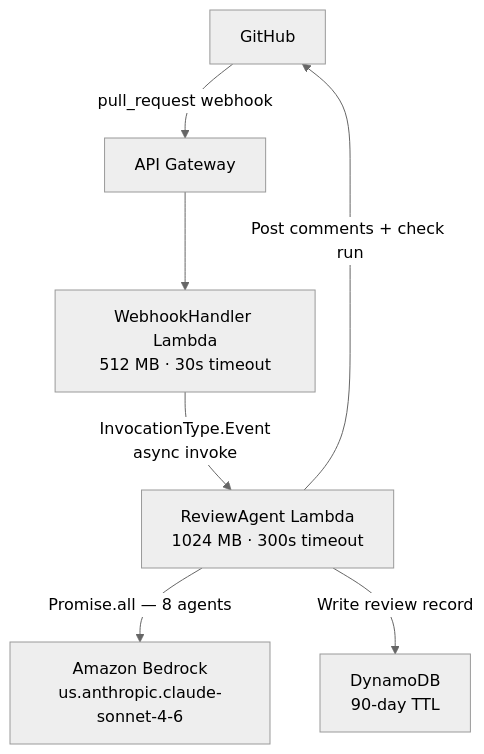
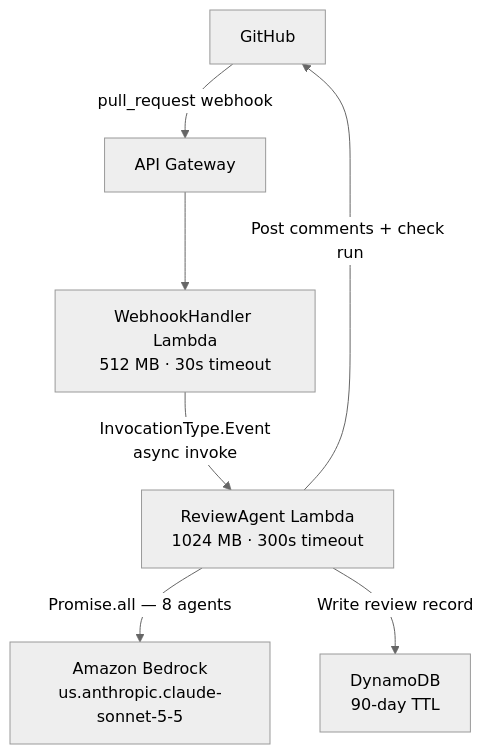
One commit to mergewatch/mergewatch.ai changed the first of 2 diagrams in docs-site/deployment/architecture.mdx. Above: the diagram before and after it, drawn with Mermaid (neutral theme). The commit also changed other lines of this file and 16 other files, not shown here.

First line of the commit message:
feat(review): default to Claude Sonnet 5.5 on Bedrock (#721) (#755)

````diff
--- a/docs-site/deployment/architecture.mdx
+++ b/docs-site/deployment/architecture.mdx
@@ -12,9 +12,9 @@
 ```mermaid
 graph TD
     A[GitHub] -->|pull_request webhook| B[API Gateway]
     B --> C[WebhookHandler Lambda<br/>512 MB · 30s timeout]
     C -->|InvocationType.Event<br/>async invoke| D[ReviewAgent Lambda<br/>1024 MB · 300s timeout]
-    D -->|Promise.all — 8 agents| E[Amazon Bedrock<br/>us.anthropic.claude-sonnet-4-6]
+    D -->|Promise.all — 8 agents| E[Amazon Bedrock<br/>us.anthropic.claude-sonnet-5-5]
     D -->|Write review record| F[DynamoDB<br/>90-day TTL]
     D -->|Post comments + check run| A
 ```
````
